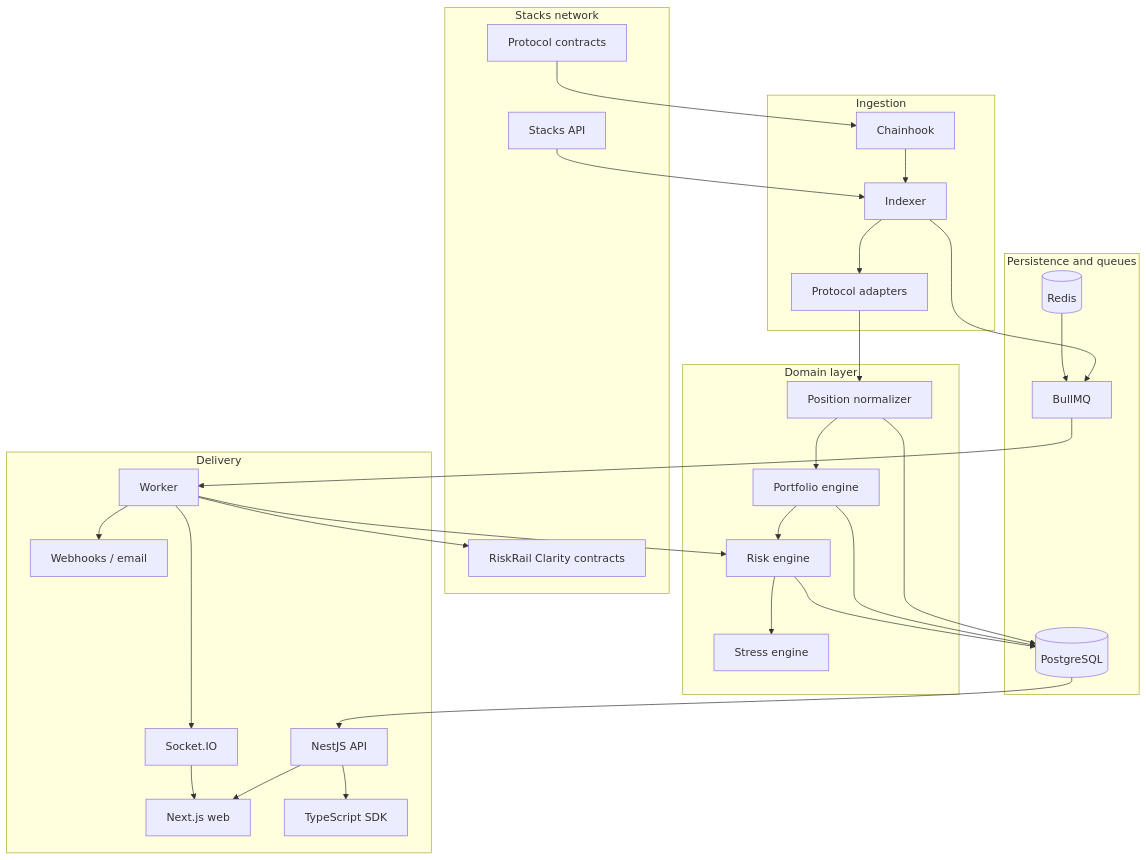
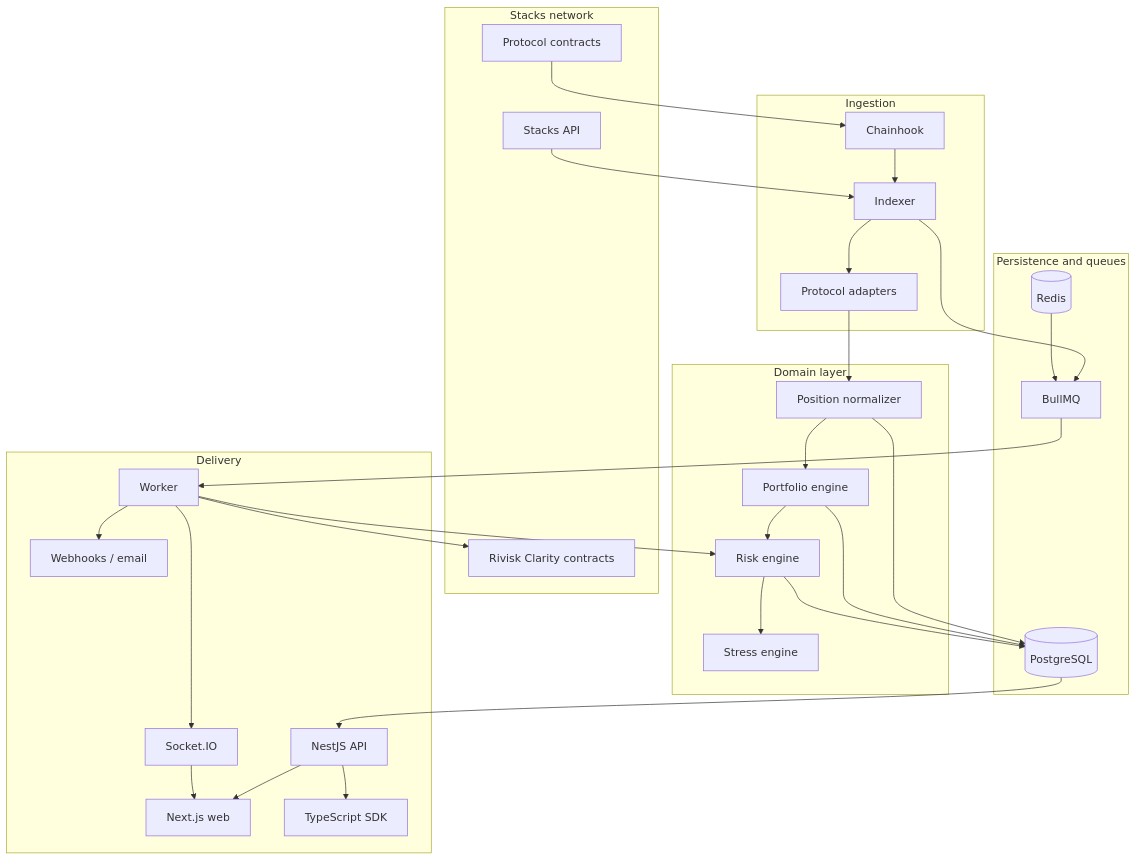
Before and after one commit to TheSoftNode/riskrail: the first of 4 diagrams in documentation/05-system-architecture.md, drawn with Mermaid. The commit also changed other lines of this file and 232 other files, not shown here.

First line of the commit message:
Rename to Rivisk, deploy contracts to testnet, add docs site

````diff
--- a/documentation/05-system-architecture.md
+++ b/documentation/05-system-architecture.md
@@ -9,59 +9,59 @@
 ```mermaid
 flowchart TB
     subgraph Chain[Stacks network]
         S1[Stacks API]
         S2[Protocol contracts]
-        S3[RiskRail Clarity contracts]
+        S3[Rivisk Clarity contracts]
     end
 
     subgraph Ingest[Ingestion]
         I1[Chainhook]
         I2[Indexer]
         I3[Protocol adapters]
     end
 
     subgraph Domain[Domain layer]
         D1[Position normalizer]
         D2[Portfolio engine]
         D3[Risk engine]
         D4[Stress engine]
     end
 
     subgraph Data[Persistence and queues]
         P1[(PostgreSQL)]
         P2[(Redis)]
         P3[BullMQ]
     end
 
     subgraph Delivery[Delivery]
         A1[NestJS API]
         A2[Worker]
         A3[Socket.IO]
         A4[Webhooks / email]
         A5[Next.js web]
         A6[TypeScript SDK]
     end
 
     S1 --> I2
     S2 --> I1
     I1 --> I2
     I2 --> I3
     I3 --> D1
     D1 --> D2
     D2 --> D3
     D3 --> D4
     D1 --> P1
     D2 --> P1
     D3 --> P1
     I2 --> P3
     P3 --> A2
     A2 --> D3
     A2 --> A4
     A2 --> S3
     P1 --> A1
     A1 --> A5
     A1 --> A6
     A2 --> A3
     A3 --> A5
     P2 --> P3
 ```
````
